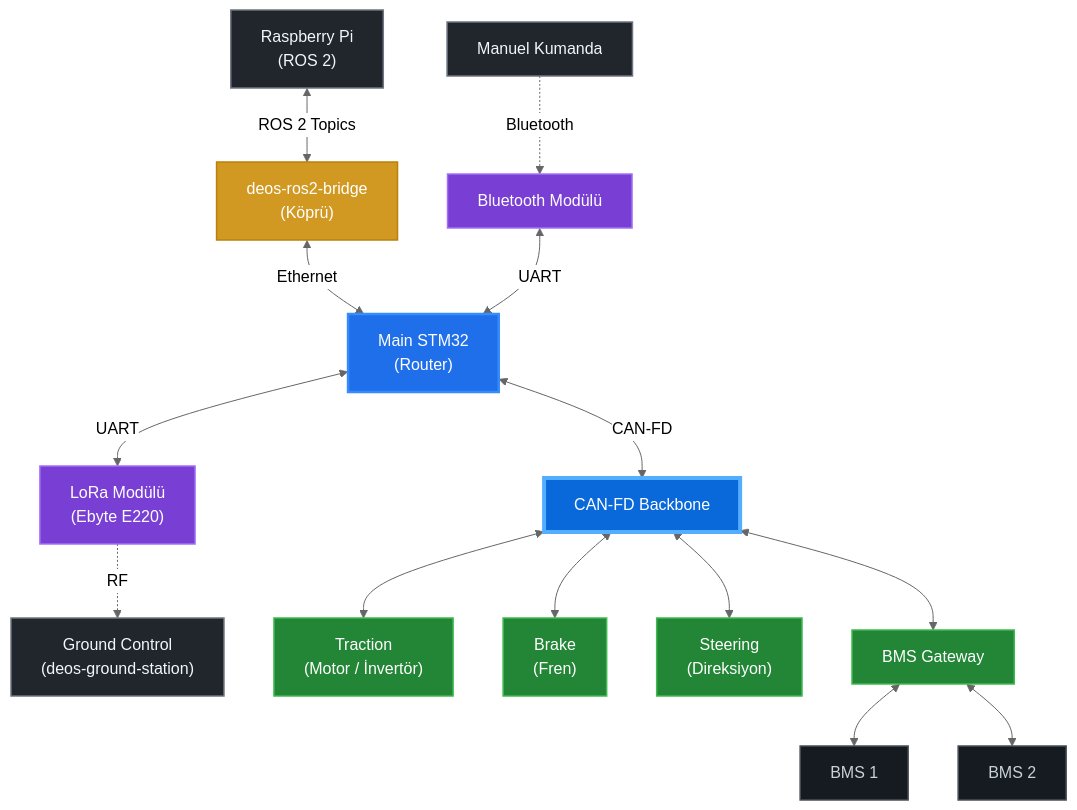
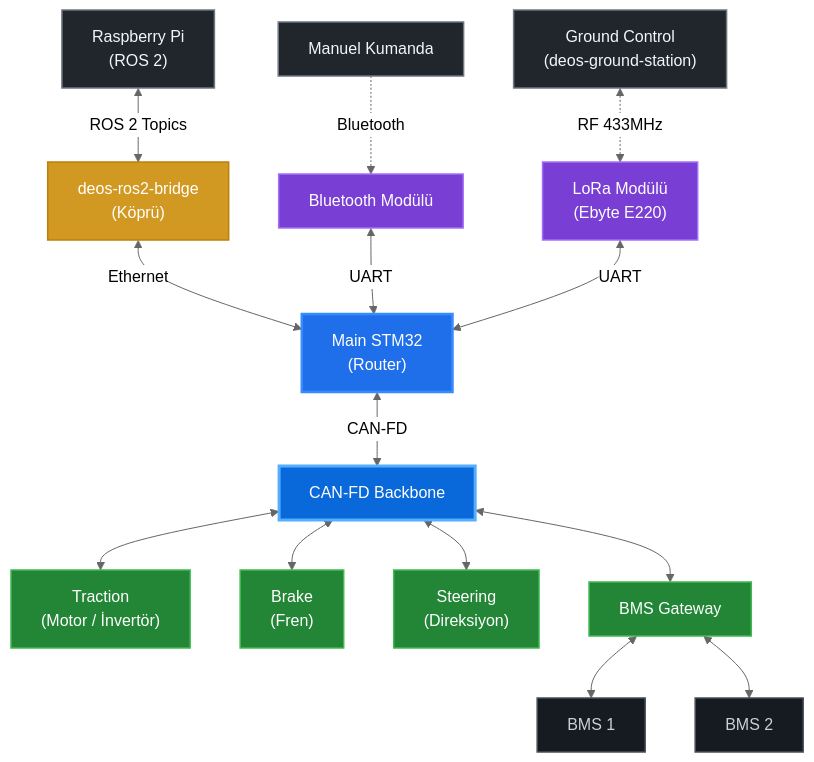
The second of 2 diagrams in README.md (DEUDEOS-Team/deos-firmware), drawn with Mermaid (neutral theme) before and after one commit. The commit also changed other lines of this file, not shown here.

Commit message:
docs: harmonize topology layout and remove edge clutter in diagrams

````diff
--- a/README.md
+++ b/README.md
@@ -36,43 +36,46 @@
 ```mermaid
 graph TD
     classDef mcu fill:#1f6feb,stroke:#388bfd,stroke-width:2.5px,color:#ffffff;
     classDef host fill:#21262d,stroke:#6e7681,stroke-width:1.5px,color:#f0f6fc;
     classDef bridge fill:#d29922,stroke:#bb8009,stroke-width:1.5px,color:#ffffff;
     classDef rf fill:#793ed4,stroke:#a371f7,stroke-width:1.5px,color:#ffffff;
     classDef can fill:#238636,stroke:#3fb950,stroke-width:1.5px,color:#ffffff;
     classDef bms fill:#161b22,stroke:#484f58,stroke-width:1.5px,color:#c9d1d9;
-    classDef bus fill:#0969da,stroke:#54aeff,stroke-width:4px,color:#ffffff;
+    classDef bus fill:#0969da,stroke:#54aeff,stroke-width:3px,color:#ffffff;
 
     RPI["Raspberry Pi<br/>(ROS 2)"]:::host
     BRIDGE["deos-ros2-bridge<br/>(Köprü)"]:::bridge
-    MAIN["Main STM32<br/>(Router)"]:::mcu
 
     JOY["Manuel Kumanda"]:::host
     BT["Bluetooth Modülü"]:::rf
 
+    GCS["Ground Control<br/>(deos-ground-station)"]:::host
     LORA["LoRa Modülü<br/>(Ebyte E220)"]:::rf
-    GCS["Ground Control<br/>(deos-ground-station)"]:::host
+
+    MAIN["Main STM32<br/>(Router)"]:::mcu
 
     RPI <-->|"ROS 2 Topics"| BRIDGE
     BRIDGE <-->|"Ethernet"| MAIN
+
     JOY -.->|"Bluetooth"| BT
     BT <-->|"UART"| MAIN
-    MAIN <-->|"UART"| LORA
-    LORA -.->|"RF"| GCS
+
+    GCS <-.->|"RF 433MHz"| LORA
+    LORA <-->|"UART"| MAIN
 
     CAN_BUS["CAN-FD Backbone"]:::bus
     TRACTION["Traction<br/>(Motor / İnvertör)"]:::can
     BRAKE["Brake<br/>(Fren)"]:::can
     STEERING["Steering<br/>(Direksiyon)"]:::can
     BMS_GW["BMS Gateway"]:::can
     BMS1["BMS 1"]:::bms
     BMS2["BMS 2"]:::bms
 
     MAIN <-->|"CAN-FD"| CAN_BUS
     CAN_BUS <--> TRACTION
     CAN_BUS <--> BRAKE
     CAN_BUS <--> STEERING
     CAN_BUS <--> BMS_GW
     BMS_GW <--> BMS1
     BMS_GW <--> BMS2
 ```
````
